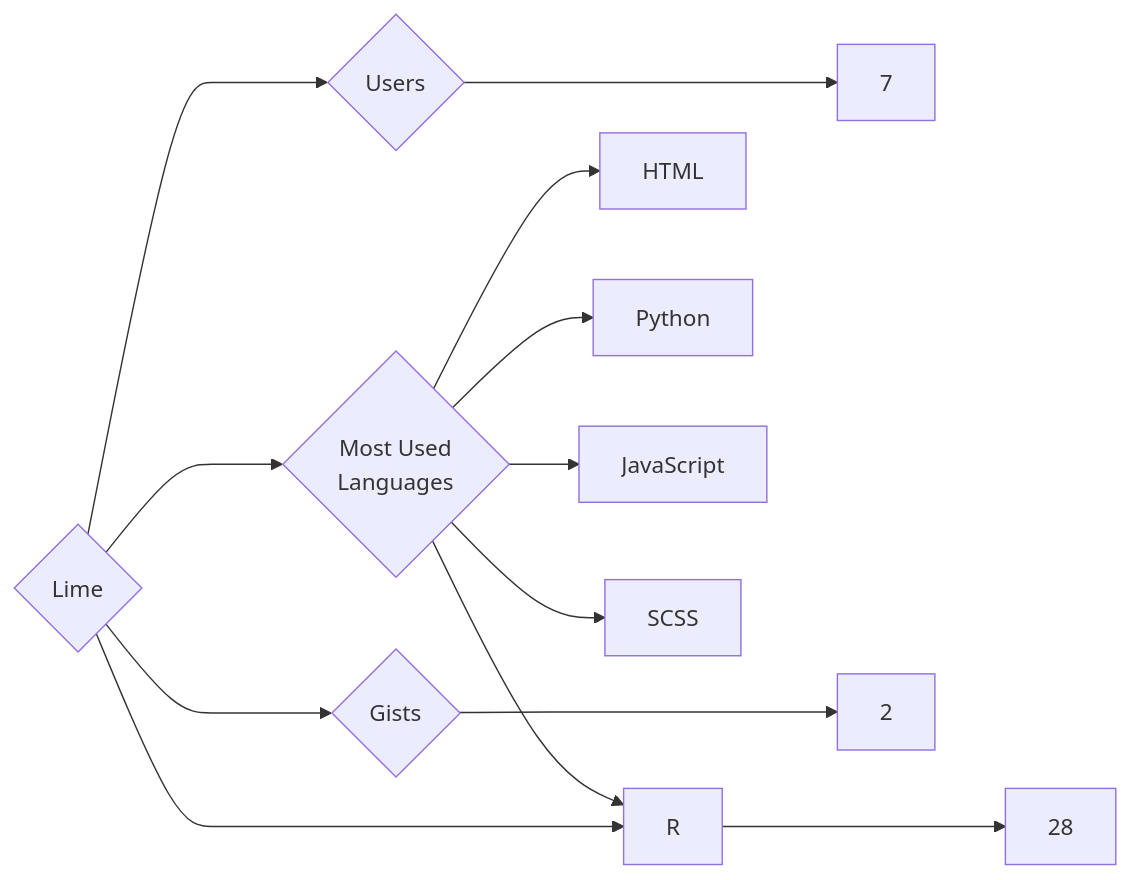
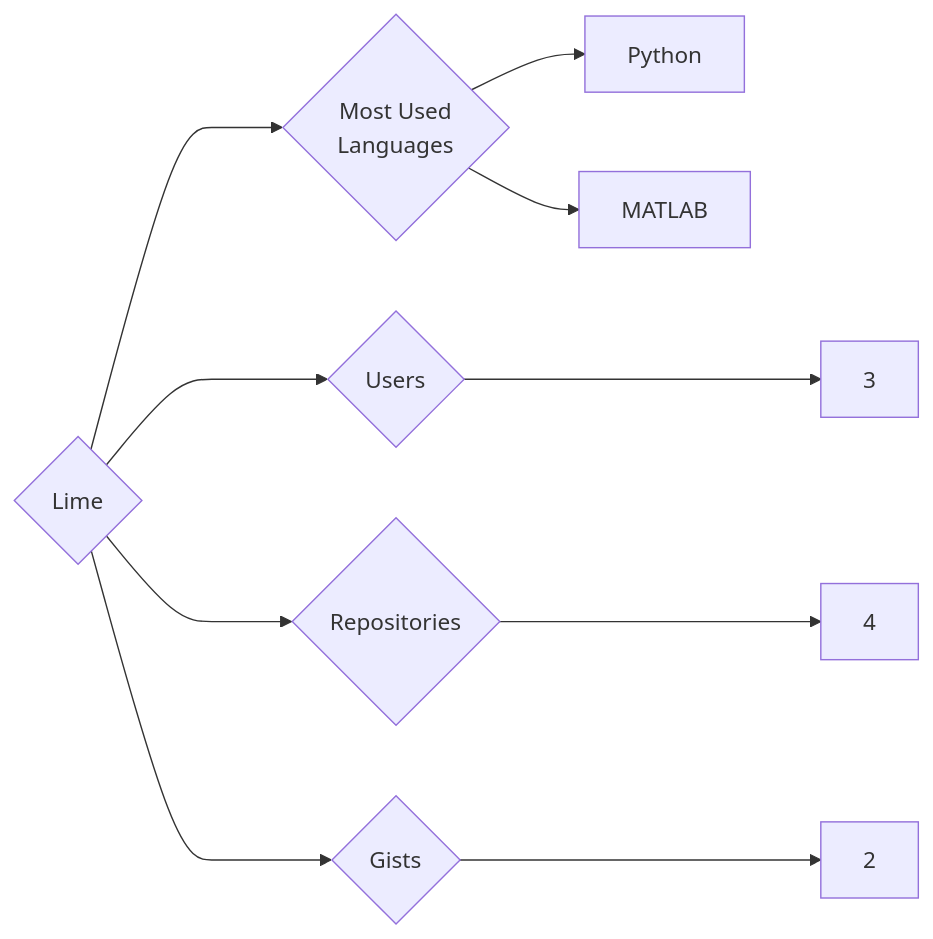
The diagram in targets/Lime/README.md (trickest/insiders), drawn with Mermaid before and after one commit. The commit also changed 1484 other files, not shown here.

````diff
--- a/targets/Lime/README.md
+++ b/targets/Lime/README.md
@@ -3,13 +3,10 @@
 ```mermaid
 graph LR
 COMPANY_NAME{Lime}
-COMPANY_NAME ---> U{Users} ---> UN[7]
-COMPANY_NAME ---> R{Repositories} ---> RN[28]
+COMPANY_NAME ---> U{Users} ---> UN[3]
+COMPANY_NAME ---> R{Repositories} ---> RN[4]
 COMPANY_NAME ---> G{Gists} ---> GN[2]
 COMPANY_NAME ---> ML{Most Used<br>Languages}
-ML --> HTML[HTML]
-ML --> R[R]
 ML --> Python[Python]
-ML --> JavaScript[JavaScript]
-ML --> SCSS[SCSS]
+ML --> MATLAB[MATLAB]
 ```
````
